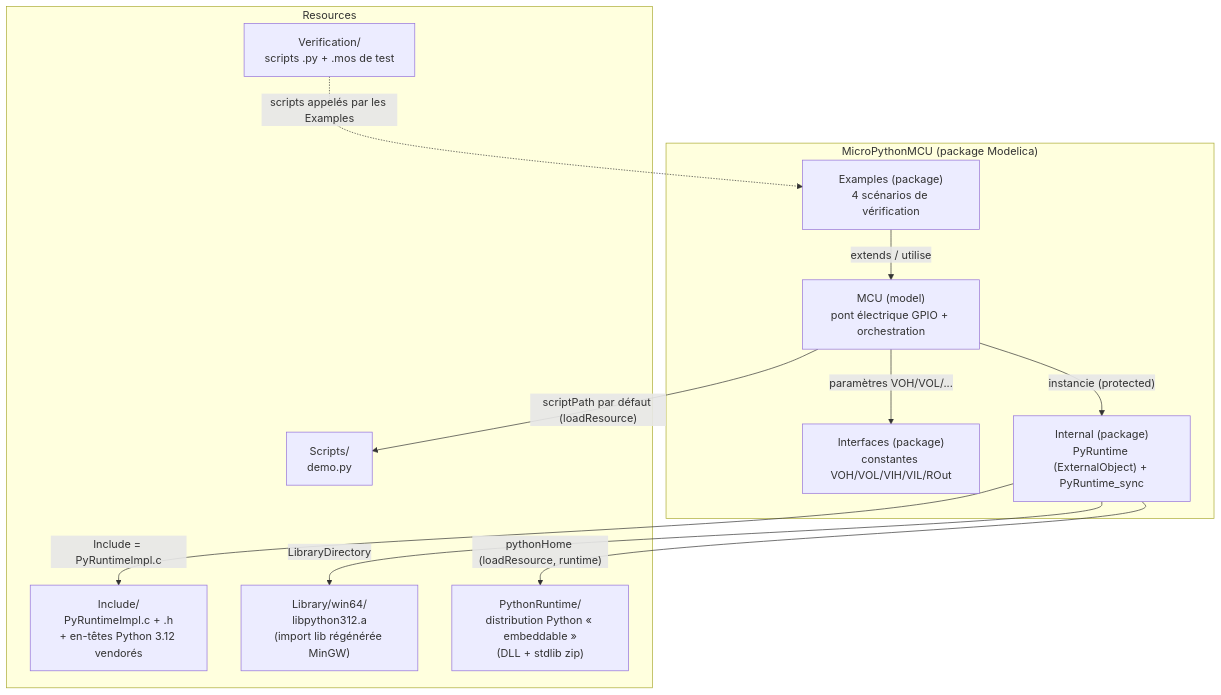
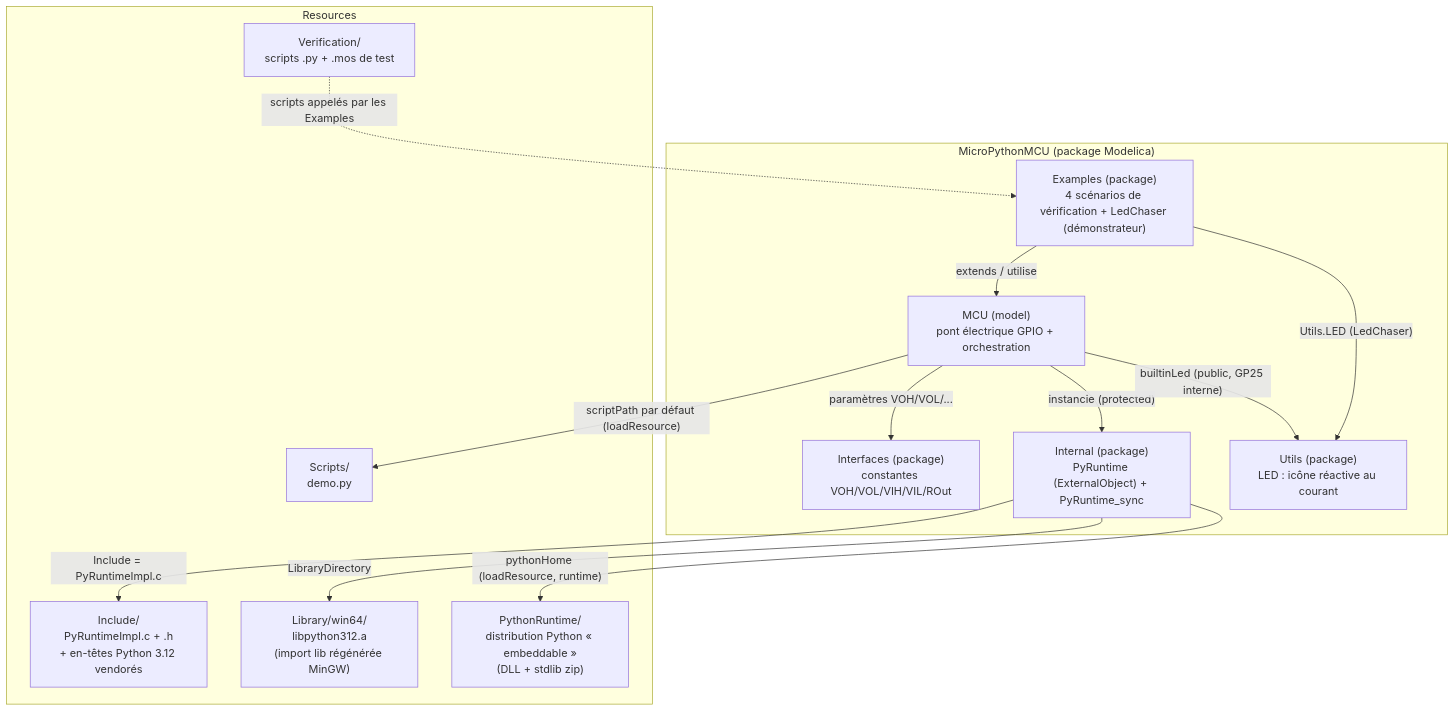
The diagram in docs/architecture.md (bdelaup/modelica_micropython), drawn with Mermaid before and after one commit. The commit also changed other lines of this file and 18 other files, not shown here.

````diff
--- a/docs/architecture.md
+++ b/docs/architecture.md
@@ -9,25 +9,28 @@
 ```mermaid
 graph TD
     subgraph LIB["MicroPythonMCU (package Modelica)"]
         MCU["MCU (model)<br/>pont électrique GPIO + orchestration"]
         Interfaces["Interfaces (package)<br/>constantes VOH/VOL/VIH/VIL/ROut"]
         Internal["Internal (package)<br/>PyRuntime (ExternalObject) + PyRuntime_sync"]
-        Examples["Examples (package)<br/>4 scénarios de vérification"]
+        Utils["Utils (package)<br/>LED : icône réactive au courant"]
+        Examples["Examples (package)<br/>4 scénarios de vérification + LedChaser (démonstrateur)"]
     end
     subgraph RES["Resources"]
         Include["Include/<br/>PyRuntimeImpl.c + .h<br/>+ en-têtes Python 3.12 vendorés"]
         Library["Library/win64/<br/>libpython312.a<br/>(import lib régénérée MinGW)"]
         PythonRuntime["PythonRuntime/<br/>distribution Python « embeddable »<br/>(DLL + stdlib zip)"]
         Scripts["Scripts/<br/>demo.py"]
         Verification["Verification/<br/>scripts .py + .mos de test"]
     end
 
     MCU -- "paramètres VOH/VOL/..." --> Interfaces
     MCU -- "instancie (protected)" --> Internal
+    MCU -- "builtinLed (public, GP25 interne)" --> Utils
     Examples -- "extends / utilise" --> MCU
+    Examples -- "Utils.LED (LedChaser)" --> Utils
     Internal -- "Include = PyRuntimeImpl.c" --> Include
     Internal -- "LibraryDirectory" --> Library
     Internal -- "pythonHome (loadResource, runtime)" --> PythonRuntime
     MCU -- "scriptPath par défaut (loadResource)" --> Scripts
     Verification -. "scripts appelés par les Examples" .-> Examples
 ```
````
